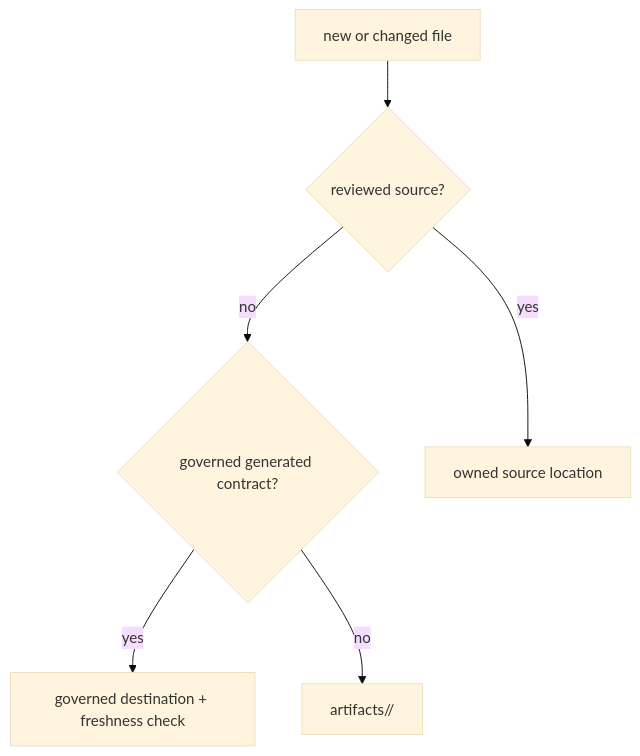
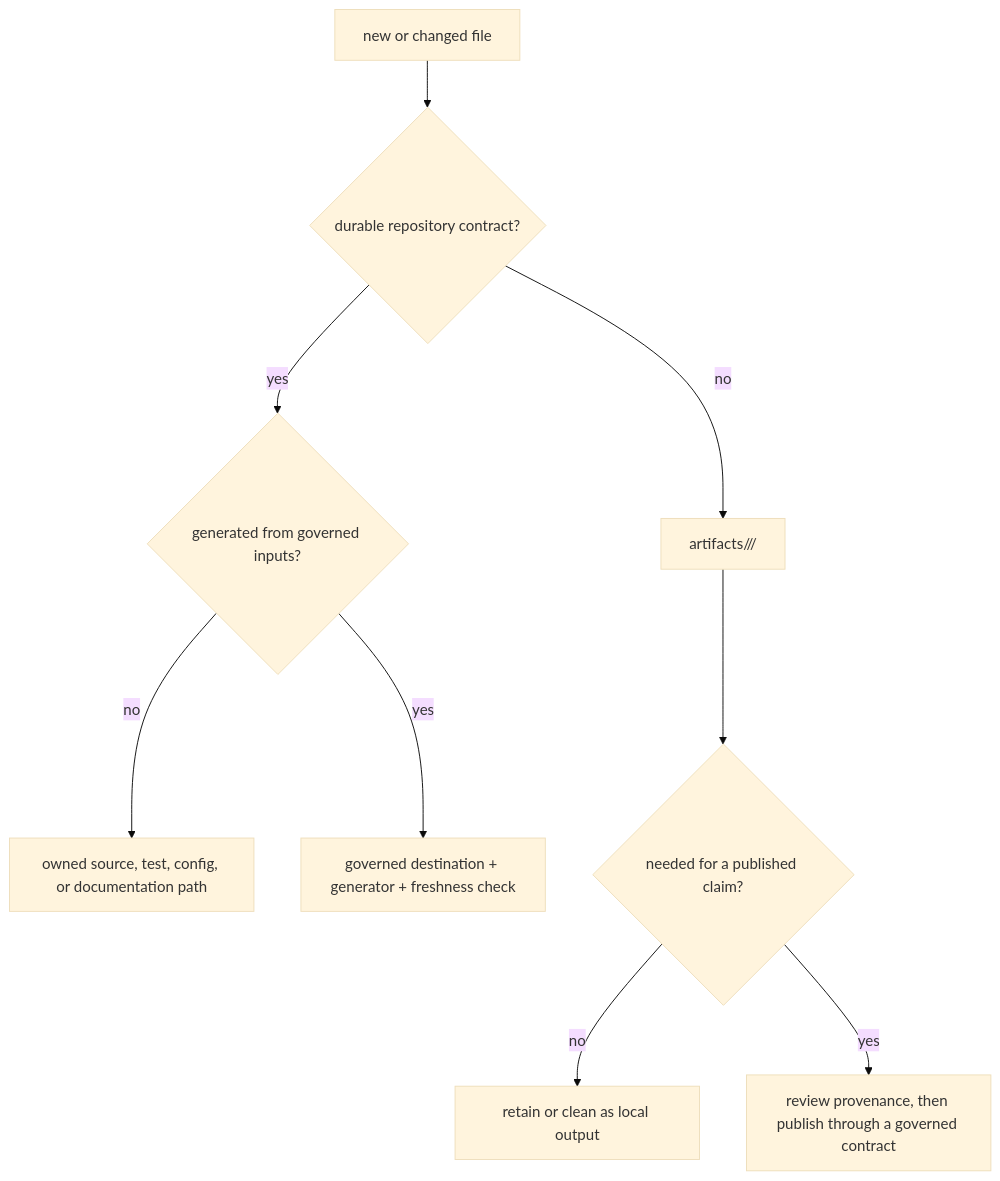
Before and after one commit to bijux/bijux-proteomics: the diagram in docs/01-bijux-proteomics/operations/artifact-governance.md, drawn with Mermaid (base theme). The commit also changed other lines of this file, not shown here.

Commit message:
docs(artifacts): define storage and evidence authority

````diff
--- a/docs/01-bijux-proteomics/operations/artifact-governance.md
+++ b/docs/01-bijux-proteomics/operations/artifact-governance.md
@@ -30,14 +22,11 @@
 ```mermaid
 flowchart TD
-    file["new or changed file"]
-    governed{"reviewed source?"}
-    generated{"governed generated contract?"}
-    source["owned source location"]
-    tracked["governed destination + freshness check"]
-    transient["artifacts/<owner>/"]
-    file --> governed
-    governed -->|yes| source
-    governed -->|no| generated
-    generated -->|yes| tracked
-    generated -->|no| transient
+    candidate["new or changed file"] --> durable{"durable repository contract?"}
+    durable -->|yes| derived{"generated from governed inputs?"}
+    derived -->|no| source["owned source, test, config, or documentation path"]
+    derived -->|yes| generated["governed destination + generator + freshness check"]
+    durable -->|no| output["artifacts/<owner>/<run>/"]
+    output --> evidence{"needed for a published claim?"}
+    evidence -->|no| retain["retain or clean as local output"]
+    evidence -->|yes| promote["review provenance, then publish through a governed contract"]
 ```
````
